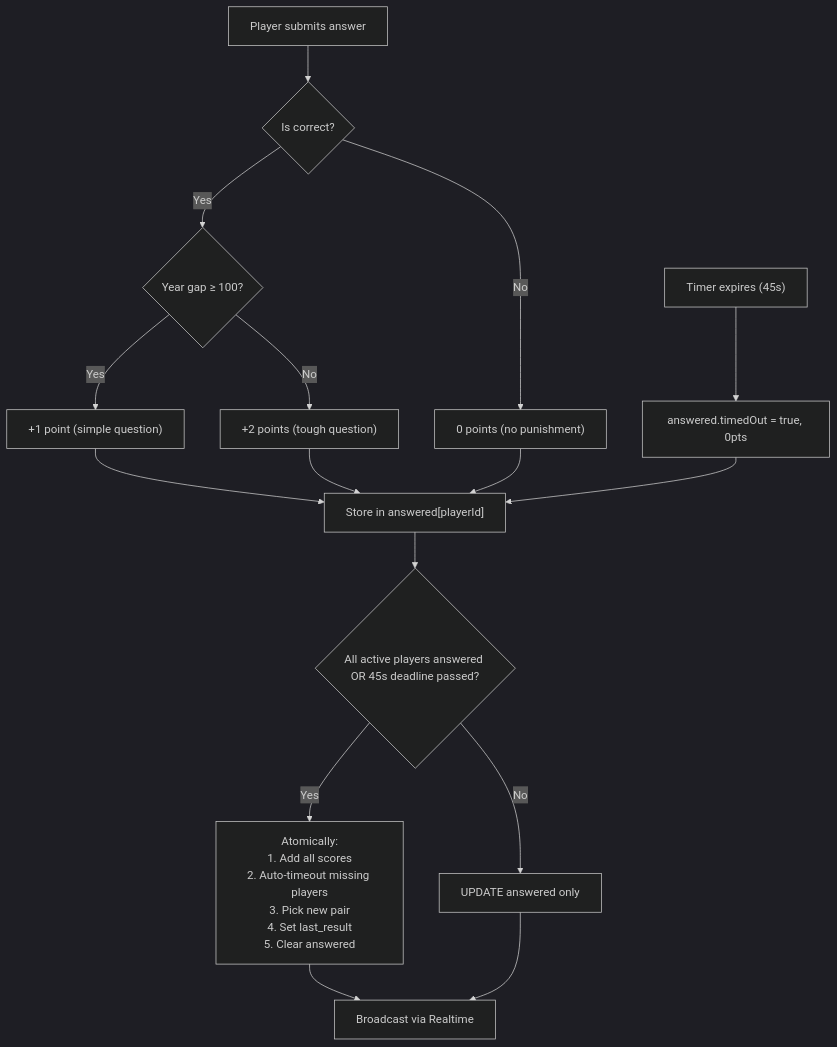
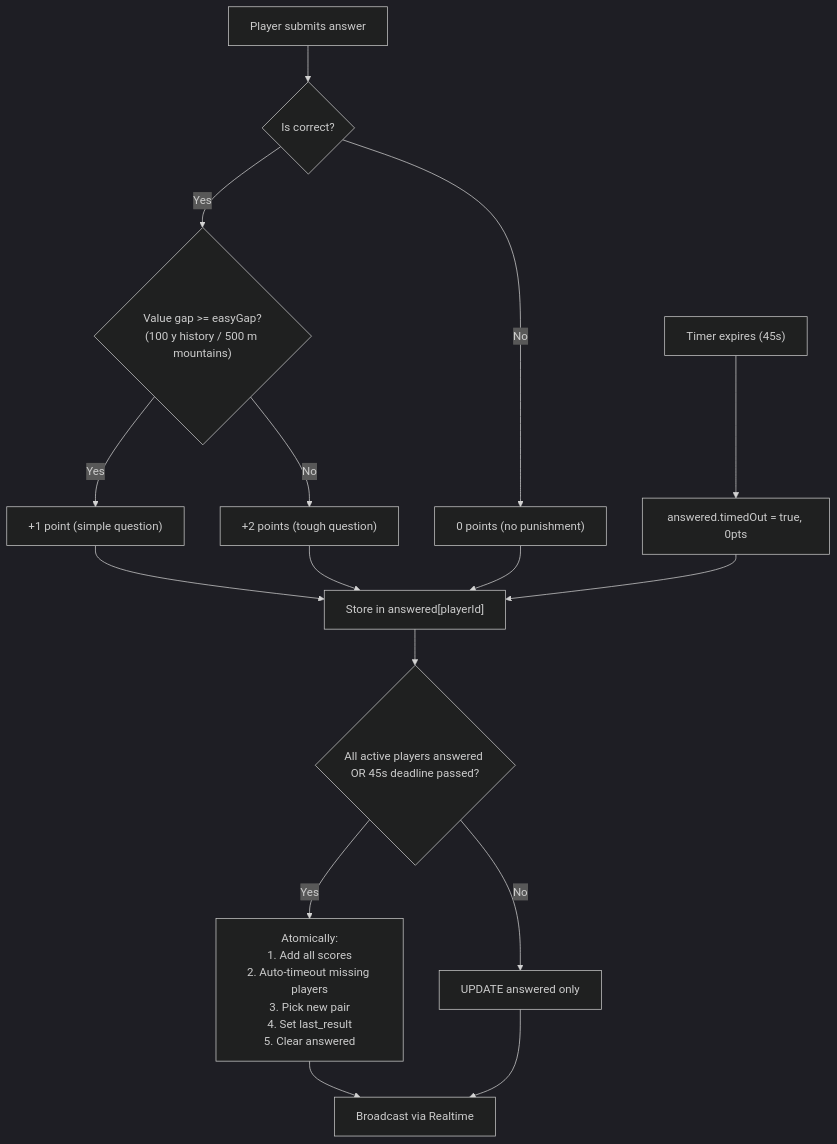
The fifth of 7 diagrams in docs/architecture.md (prokopHouda/history_game), drawn with Mermaid (dark theme) before and after one commit. The commit also changed other lines of this file and 38 other files, not shown here.

First line of the commit message:
feat: multi-game platform with mountains game (history + mountains)

````diff
--- a/docs/architecture.md
+++ b/docs/architecture.md
@@ -190,18 +233,18 @@
 ```mermaid
 flowchart TD
     A["Player submits answer"] --> B{"Is correct?"}
-    B -->|Yes| C{"Year gap ≥ 100?"}
+    B -->|Yes| C{"Value gap >= easyGap?<br/>(100 y history / 500 m mountains)"}
     C -->|Yes| D["+1 point (simple question)"]
     C -->|No| E["+2 points (tough question)"]
     B -->|No| F["0 points (no punishment)"]
     D --> G["Store in answered[playerId]"]
     E --> G
     F --> G
     G --> H{"All active players answered OR 45s deadline passed?"}
     H -->|Yes| I["Atomically:<br/>1. Add all scores<br/>2. Auto-timeout missing players<br/>3. Pick new pair<br/>4. Set last_result<br/>5. Clear answered"]
     H -->|No| J["UPDATE answered only"]
     I --> K["Broadcast via Realtime"]
     J --> K
     L["Timer expires (45s)"] --> M["answered.timedOut = true, 0pts"]
     M --> G
 ```
````
